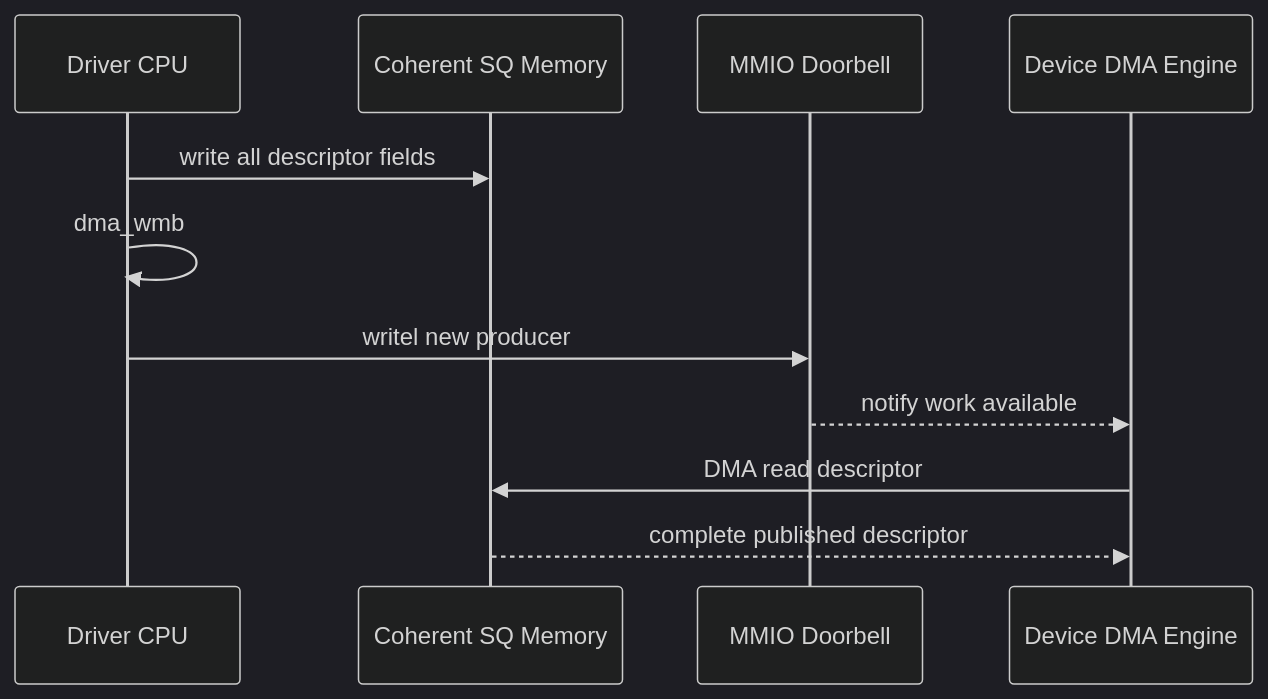
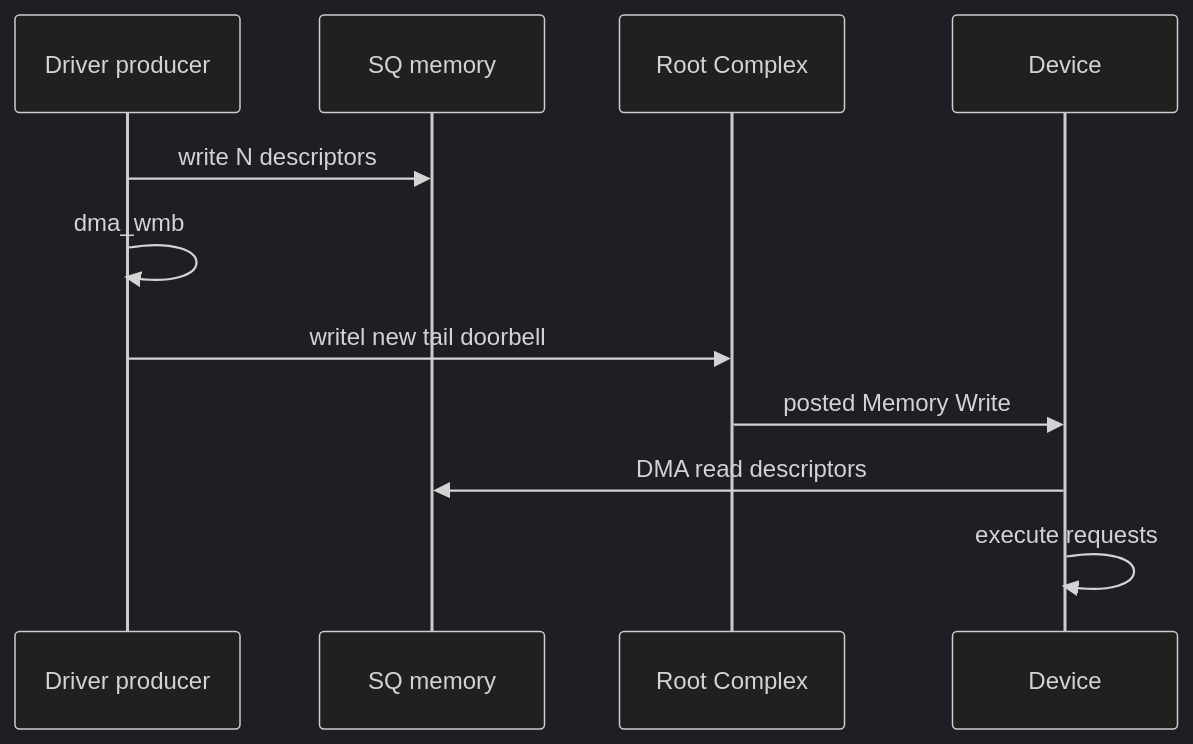
The third of 5 diagrams in docs/articles/pcie/pci-09-dma-descriptor-ring.md (cdragon-ljl/EEandEdgeAI), drawn with Mermaid (dark theme) before and after one commit. The commit also changed other lines of this file and 4 other files, not shown here.

````diff
--- a/docs/articles/pcie/pci-09-dma-descriptor-ring.md
+++ b/docs/articles/pcie/pci-09-dma-descriptor-ring.md
@@ -175,13 +108,13 @@
 ```mermaid
 sequenceDiagram
-    participant CPU as Driver CPU
-    participant MEM as Coherent SQ Memory
-    participant BAR as MMIO Doorbell
-    participant DEV as Device DMA Engine
-    CPU->>MEM: write all descriptor fields
+    participant CPU as Driver producer
+    participant MEM as SQ memory
+    participant RC as Root Complex
+    participant DEV as Device
+    CPU->>MEM: write N descriptors
     CPU->>CPU: dma_wmb
-    CPU->>BAR: writel new producer
-    BAR-->>DEV: notify work available
-    DEV->>MEM: DMA read descriptor
-    MEM-->>DEV: complete published descriptor
+    CPU->>RC: writel new tail doorbell
+    RC->>DEV: posted Memory Write
+    DEV->>MEM: DMA read descriptors
+    DEV->>DEV: execute requests
 ```
````
